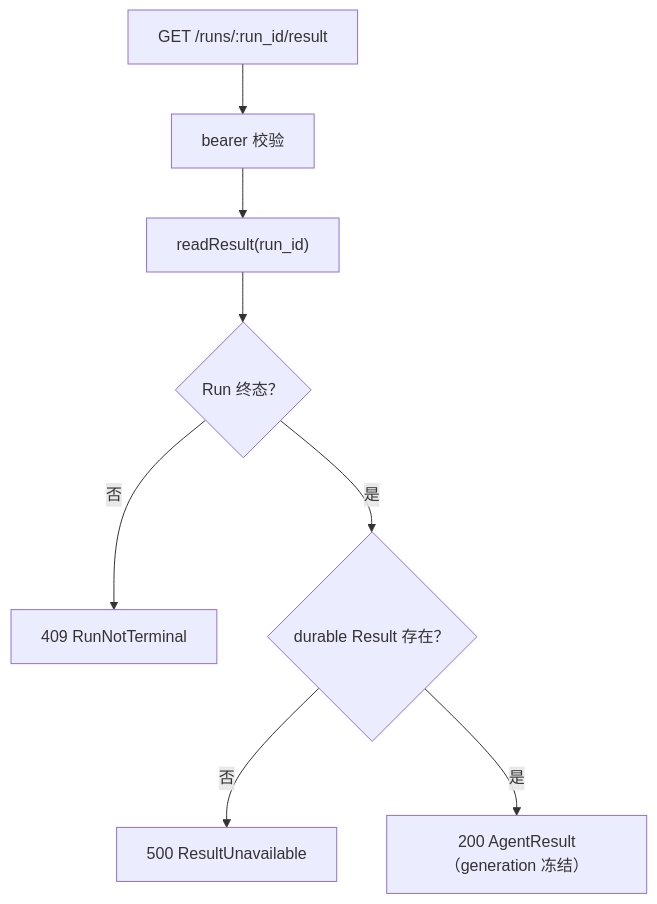
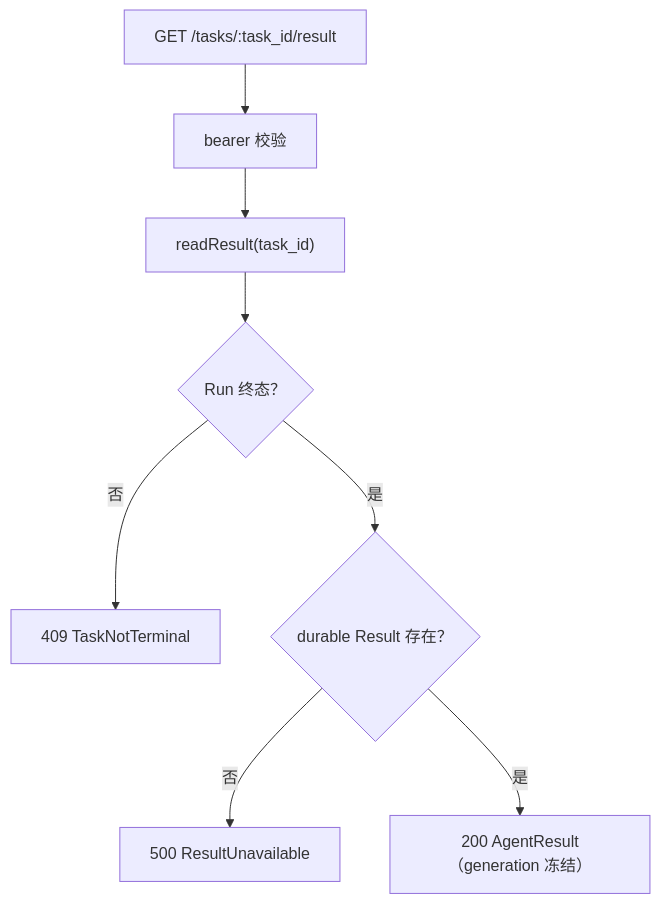
One commit to corezilla/piko changed the fifth of 6 diagrams in docs/40_module_design/piko-task-api-design.md. Above: the diagram before and after it, drawn with Mermaid. The commit also changed other lines of this file and 86 other files, not shown here.

````diff
--- a/docs/40_module_design/piko-task-api-design.md
+++ b/docs/40_module_design/piko-task-api-design.md
@@ -503,10 +504,10 @@
 ```mermaid
 flowchart TD
-    A["GET /runs/:run_id/result"] --> B["bearer 校验"]
-    B --> C["readResult(run_id)"]
+    A["GET /tasks/:task_id/result"] --> B["bearer 校验"]
+    B --> C["readResult(task_id)"]
     C --> D{"Run 终态？"}
-    D -->|否| E1["409 RunNotTerminal"]
+    D -->|否| E1["409 TaskNotTerminal"]
     D -->|是| F{"durable Result 存在？"}
     F -->|否| E2["500 ResultUnavailable"]
     F -->|是| G["200 AgentResult（generation 冻结）"]
 ```
````
